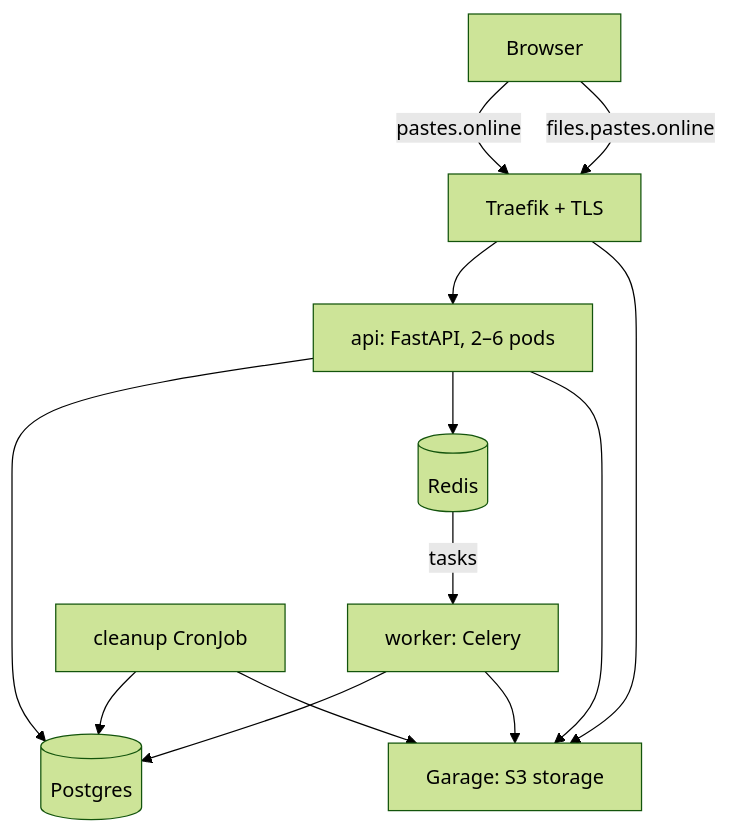
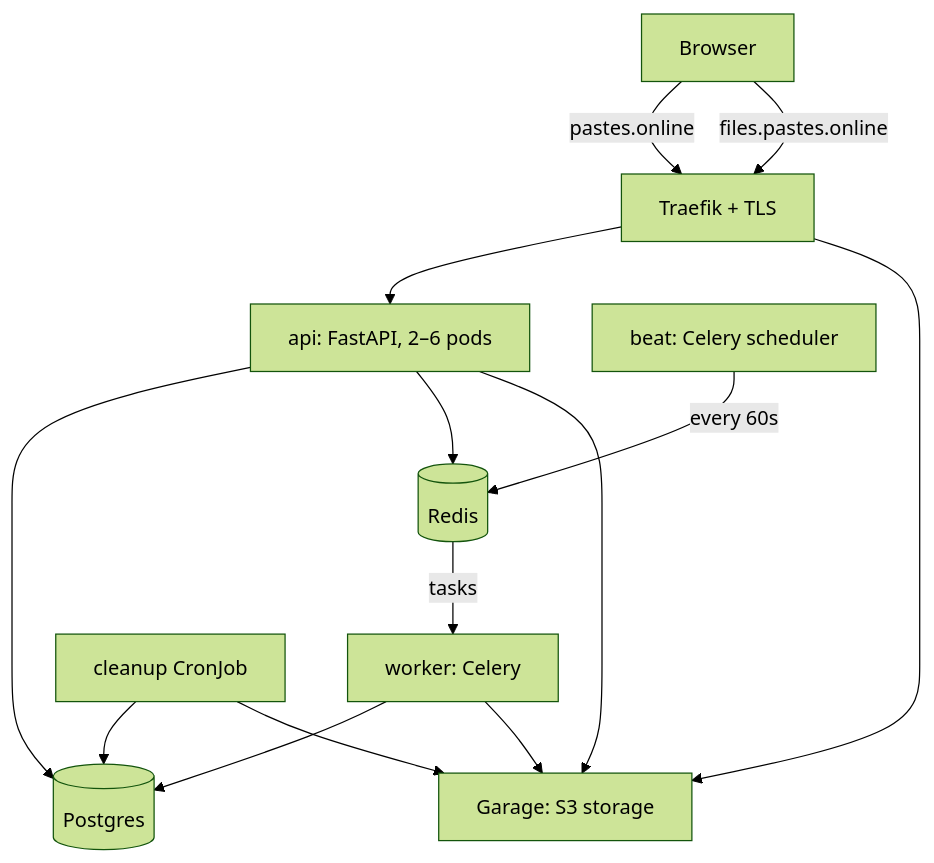
One commit to rdu9/pastebin changed the diagram in README.md. Above: the diagram before and after it, drawn with Mermaid (forest theme). The commit also changed other lines of this file, not shown here.

````diff
--- a/README.md
+++ b/README.md
@@ -24,15 +27,16 @@
 ```mermaid
 flowchart TD
     B[Browser] -->|pastes.online| T[Traefik + TLS]
     B -->|files.pastes.online| T
     T --> A[api: FastAPI, 2–6 pods]
     T --> G[Garage: S3 storage]
     A --> P[(Postgres)]
     A --> R[(Redis)]
     A --> G
     R -->|tasks| W[worker: Celery]
     W --> P
     W --> G
     C[cleanup CronJob] --> P
     C --> G
+    BT[beat: Celery scheduler] -->|every 60s| R
 ```
````
